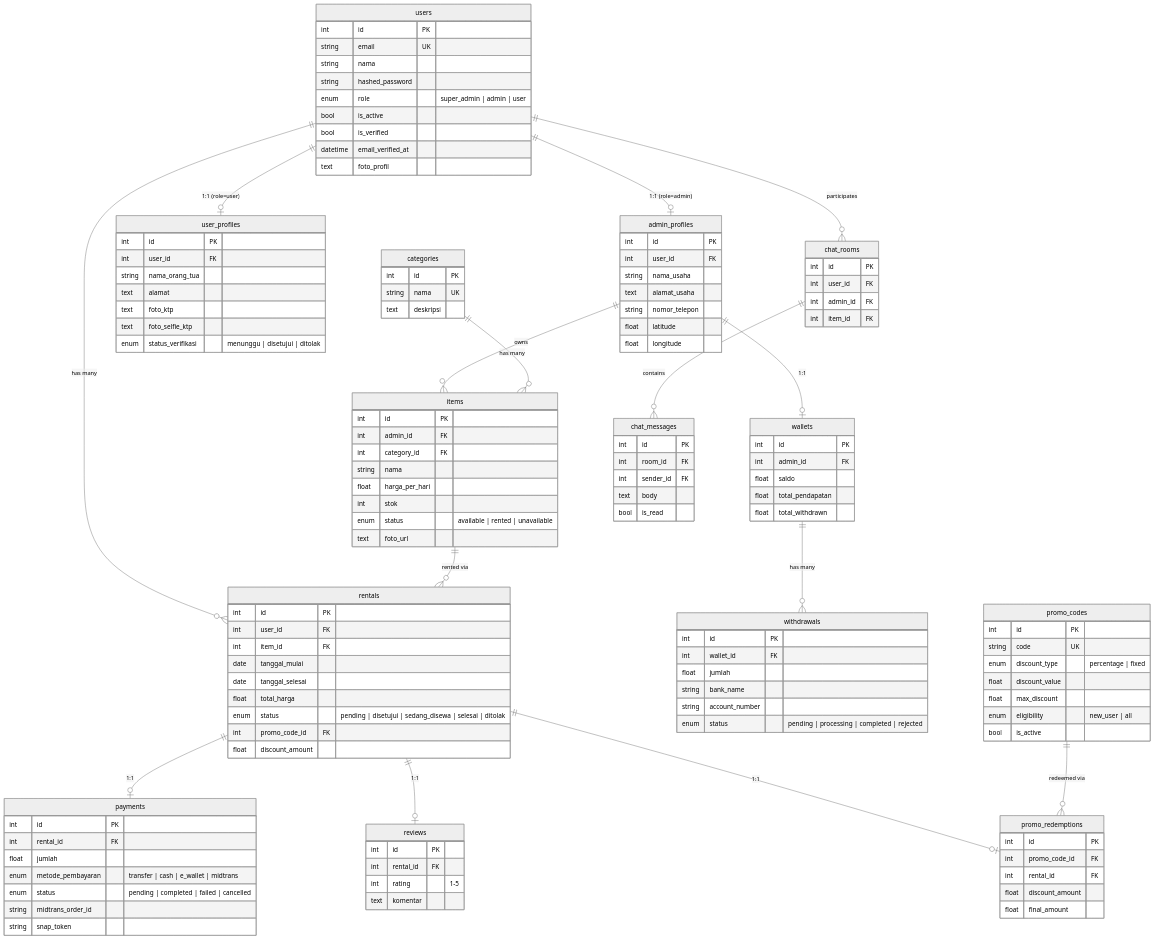
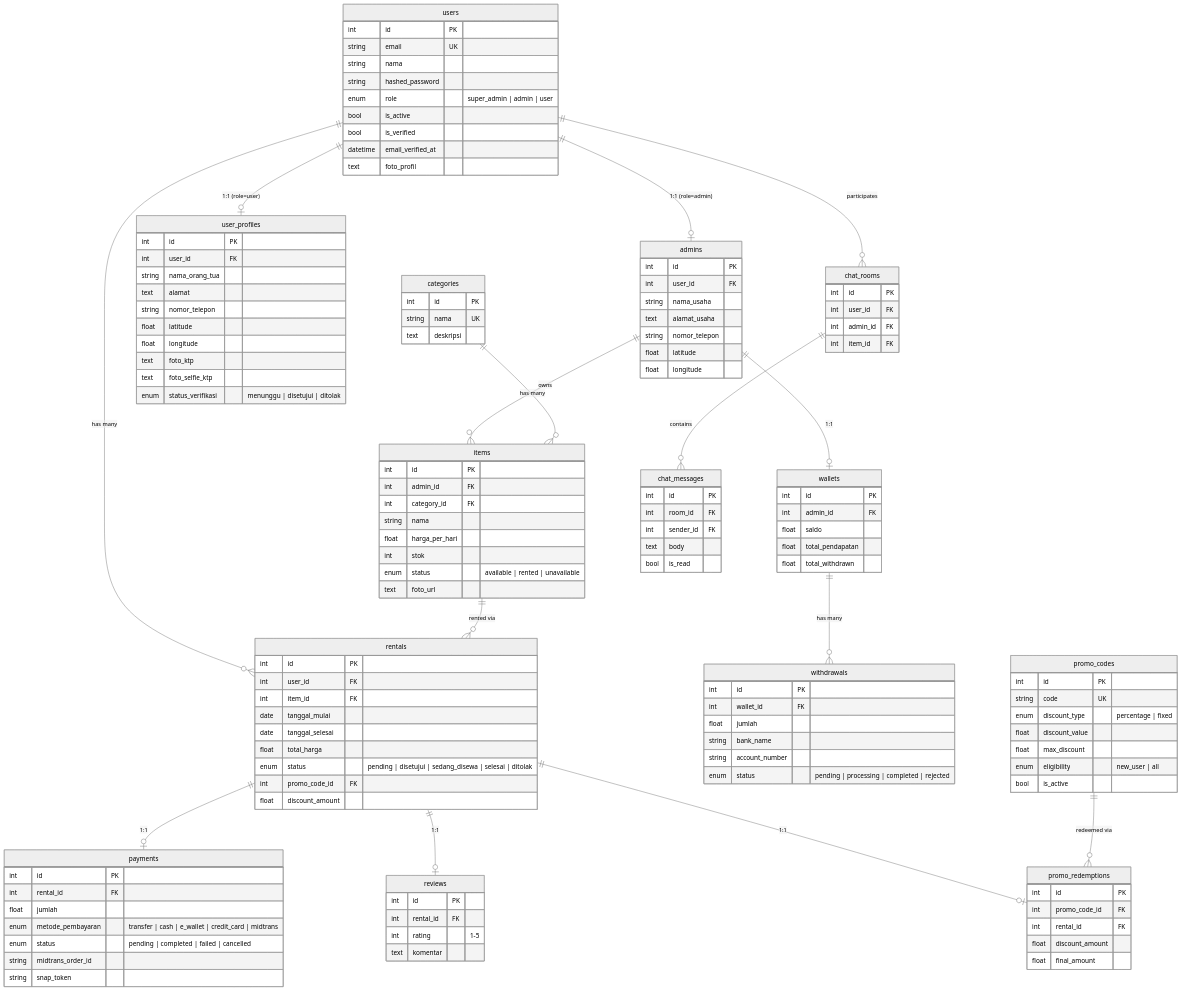
Before and after one commit to aidilsaputrakirsan-classroom/cc-kelompok-harahetta-2: the third of 4 diagrams in README.md, drawn with Mermaid (neutral theme). The commit also changed other lines of this file and 1 other file, not shown here.

````diff
--- a/README.md
+++ b/README.md
@@ -355,15 +269,15 @@
 ```mermaid
 erDiagram
-    users ||--o| admin_profiles : "1:1 (role=admin)"
+    users ||--o| admins : "1:1 (role=admin)"
     users ||--o| user_profiles : "1:1 (role=user)"
     users ||--o{ rentals : "has many"
-    admin_profiles ||--o{ items : "owns"
+    admins ||--o{ items : "owns"
     categories ||--o{ items : "has many"
     items ||--o{ rentals : "rented via"
     rentals ||--o| payments : "1:1"
     rentals ||--o| reviews : "1:1"
     rentals ||--o| promo_redemptions : "1:1"
-    admin_profiles ||--o| wallets : "1:1"
+    admins ||--o| wallets : "1:1"
     wallets ||--o{ withdrawals : "has many"
     users ||--o{ chat_rooms : "participates"
     chat_rooms ||--o{ chat_messages : "contains"
@@ -381,7 +295,7 @@
         text foto_profil
     }
 
-    admin_profiles {
+    admins {
         int id PK
         int user_id FK
         string nama_usaha
@@ -396,6 +310,9 @@
         int user_id FK
         string nama_orang_tua
         text alamat
+        string nomor_telepon
+        float latitude
+        float longitude
         text foto_ktp
         text foto_selfie_ktp
         enum status_verifikasi "menunggu | disetujui | ditolak"
@@ -434,7 +351,7 @@
         int id PK
         int rental_id FK
         float jumlah
-        enum metode_pembayaran "transfer | cash | e_wallet | midtrans"
+        enum metode_pembayaran "transfer | cash | e_wallet | credit_card | midtrans"
         enum status "pending | completed | failed | cancelled"
         string midtrans_order_id
         string snap_token
````
